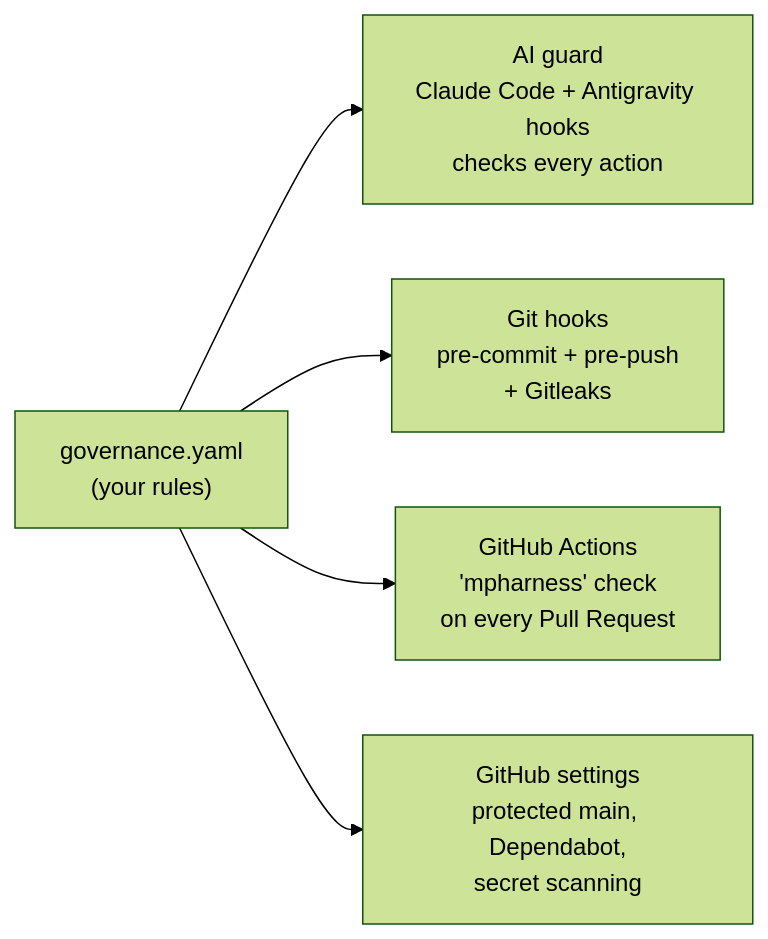
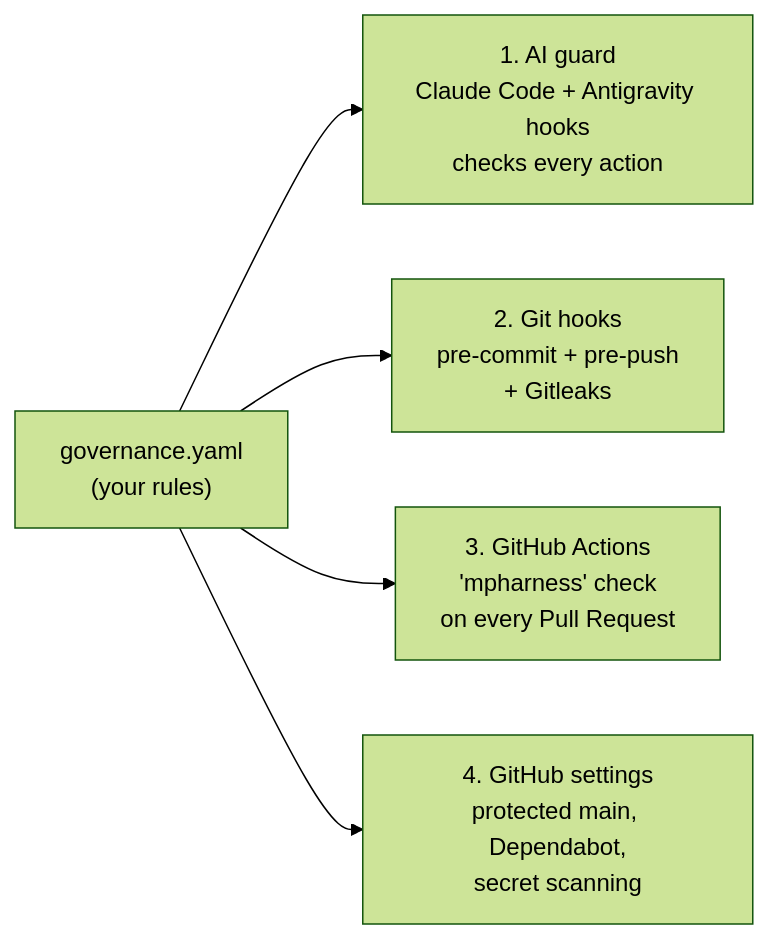
Before and after one commit to mporrasor/MPHarness: the first of 2 diagrams in README.md, drawn with Mermaid (forest theme). The commit also changed other lines of this file, not shown here.

First line of the commit message:
docs: rewrite README to describe how MPHarness works today

````diff
--- a/README.md
+++ b/README.md
@@ -29,7 +106,7 @@
 ```mermaid
 flowchart LR
-    G["governance.yaml<br/>(your rules)"] --> A["AI guard<br/>Claude Code + Antigravity hooks<br/>checks every action"]
-    G --> L["Git hooks<br/>pre-commit + pre-push<br/>+ Gitleaks"]
-    G --> C["GitHub Actions<br/>'mpharness' check<br/>on every Pull Request"]
-    G --> S["GitHub settings<br/>protected main, Dependabot,<br/>secret scanning"]
+    G["governance.yaml<br/>(your rules)"] --> A["1. AI guard<br/>Claude Code + Antigravity hooks<br/>checks every action"]
+    G --> L["2. Git hooks<br/>pre-commit + pre-push<br/>+ Gitleaks"]
+    G --> C["3. GitHub Actions<br/>'mpharness' check<br/>on every Pull Request"]
+    G --> S["4. GitHub settings<br/>protected main, Dependabot,<br/>secret scanning"]
 ```
````
